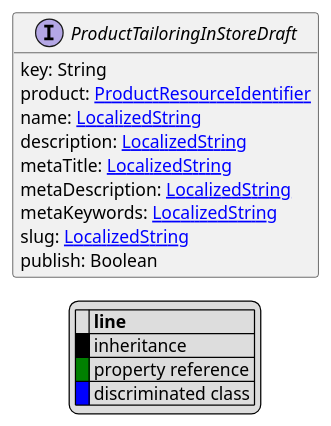
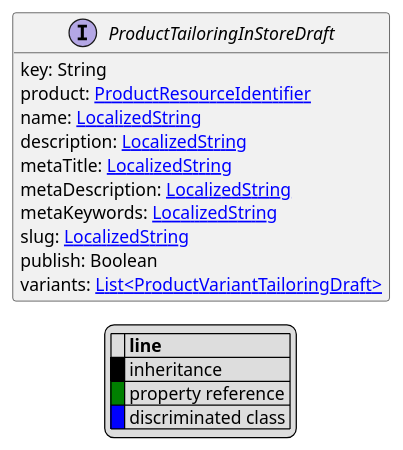
Before and after one commit to commercetools/commercetools-api-reference: the diagram in uml/api/ProductTailoringInStoreDraft.puml, drawn with PlantUML. The commit also changed 1156 other files, not shown here.

```diff
--- a/uml/api/ProductTailoringInStoreDraft.puml
+++ b/uml/api/ProductTailoringInStoreDraft.puml
@@ -1,28 +1,29 @@
 @startuml
 
 hide empty fields
 hide empty methods
 legend
 |= |= line |
 |<back:black>   </back>| inheritance |
 |<back:green>   </back>| property reference |
 |<back:blue>   </back>| discriminated class |
 endlegend
 interface ProductTailoringInStoreDraft [[ProductTailoringInStoreDraft.svg]]  {
     key: String
     product: [[ProductResourceIdentifier.svg ProductResourceIdentifier]]
     name: [[LocalizedString.svg LocalizedString]]
     description: [[LocalizedString.svg LocalizedString]]
     metaTitle: [[LocalizedString.svg LocalizedString]]
     metaDescription: [[LocalizedString.svg LocalizedString]]
     metaKeywords: [[LocalizedString.svg LocalizedString]]
     slug: [[LocalizedString.svg LocalizedString]]
     publish: Boolean
+    variants: [[ProductVariantTailoringDraft.svg List<ProductVariantTailoringDraft>]]
 }
 
 
 
 
 
 
 @enduml
```
